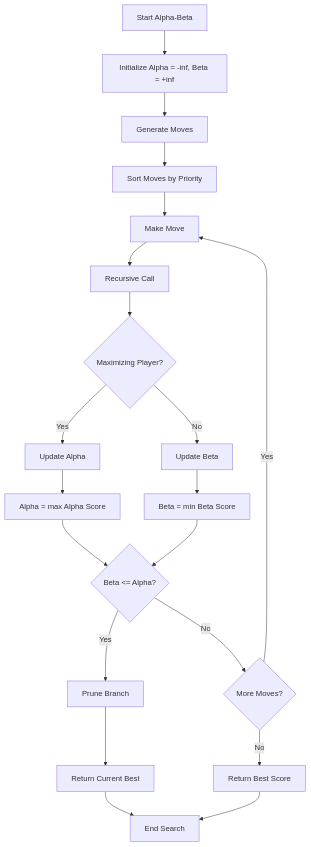
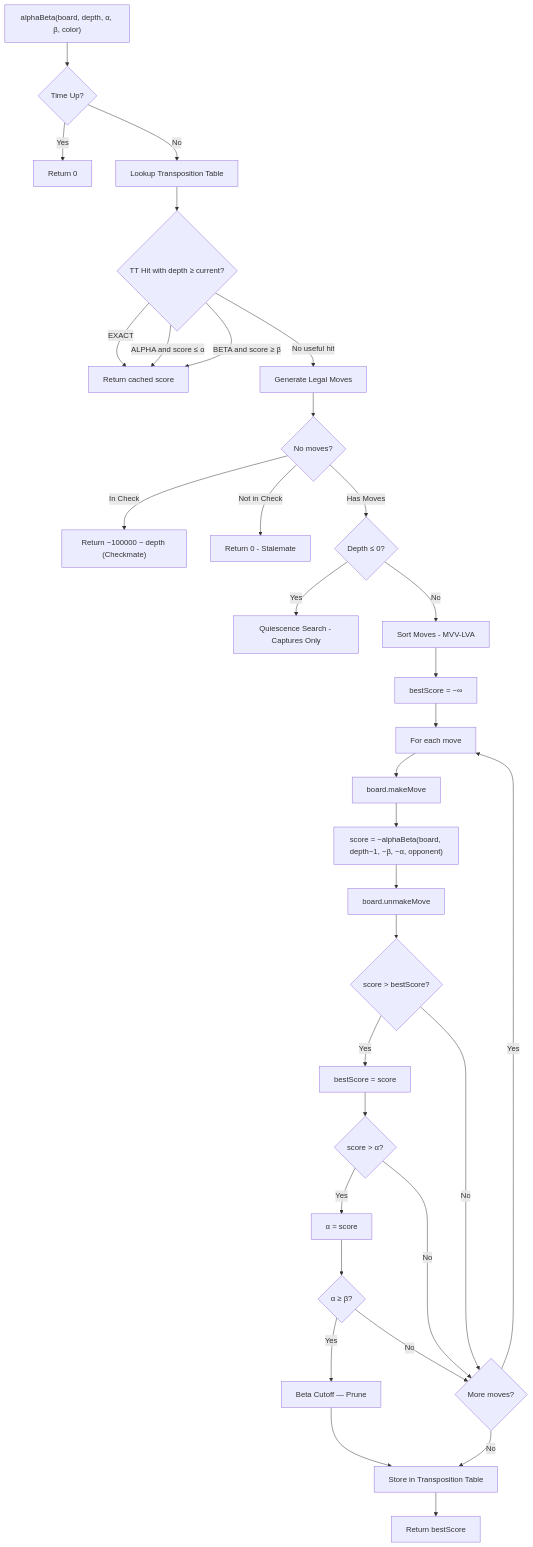
Before and after one commit to MorfidisJ/Chess-Java: the third of 3 diagrams in README.md, drawn with Mermaid. The commit also changed other lines of this file and 7 other files, not shown here.

````diff
--- a/README.md
+++ b/README.md
@@ -123,22 +135,35 @@
 ```mermaid
 flowchart TD
-    A[Start Alpha-Beta] --> B[Initialize Alpha = -inf, Beta = +inf]
-    B --> C[Generate Moves]
-    C --> D[Sort Moves by Priority]
-    D --> E[Make Move]
-    E --> F[Recursive Call]
-    F --> G{Maximizing Player?}
-    G -->|Yes| H[Update Alpha]
-    G -->|No| I[Update Beta]
-    H --> J[Alpha = max Alpha Score]
-    I --> K[Beta = min Beta Score]
-    J --> L{Beta <= Alpha?}
-    K --> L
-    L -->|Yes| M[Prune Branch]
-    L -->|No| N{More Moves?}
-    M --> O[Return Current Best]
-    N -->|Yes| E
-    N -->|No| P[Return Best Score]
-    O --> Q[End Search]
-    P --> Q
+    A["alphaBeta(board, depth, α, β, color)"] --> B{Time Up?}
+    B -->|Yes| C[Return 0]
+    B -->|No| D[Lookup Transposition Table]
+    D --> E{TT Hit with depth ≥ current?}
+    E -->|EXACT| F[Return cached score]
+    E -->|ALPHA and score ≤ α| F
+    E -->|BETA and score ≥ β| F
+    E -->|No useful hit| G[Generate Legal Moves]
+    G --> H{No moves?}
+    H -->|In Check| I["Return −100000 − depth (Checkmate)"]
+    H -->|Not in Check| J[Return 0 - Stalemate]
+    H -->|Has Moves| K{Depth ≤ 0?}
+    K -->|Yes| L[Quiescence Search - Captures Only]
+    K -->|No| M[Sort Moves - MVV-LVA]
+    M --> N[bestScore = −∞]
+    N --> O[For each move]
+    O --> P[board.makeMove]
+    P --> Q["score = −alphaBeta(board, depth−1, −β, −α, opponent)"]
+    Q --> R[board.unmakeMove]
+    R --> S{score > bestScore?}
+    S -->|Yes| T[bestScore = score]
+    S -->|No| U{More moves?}
+    T --> V{score > α?}
+    V -->|Yes| W[α = score]
+    V -->|No| U
+    W --> X{α ≥ β?}
+    X -->|Yes| Y[Beta Cutoff — Prune]
+    X -->|No| U
+    U -->|Yes| O
+    U -->|No| Z[Store in Transposition Table]
+    Y --> Z
+    Z --> AA[Return bestScore]
 ```
````
